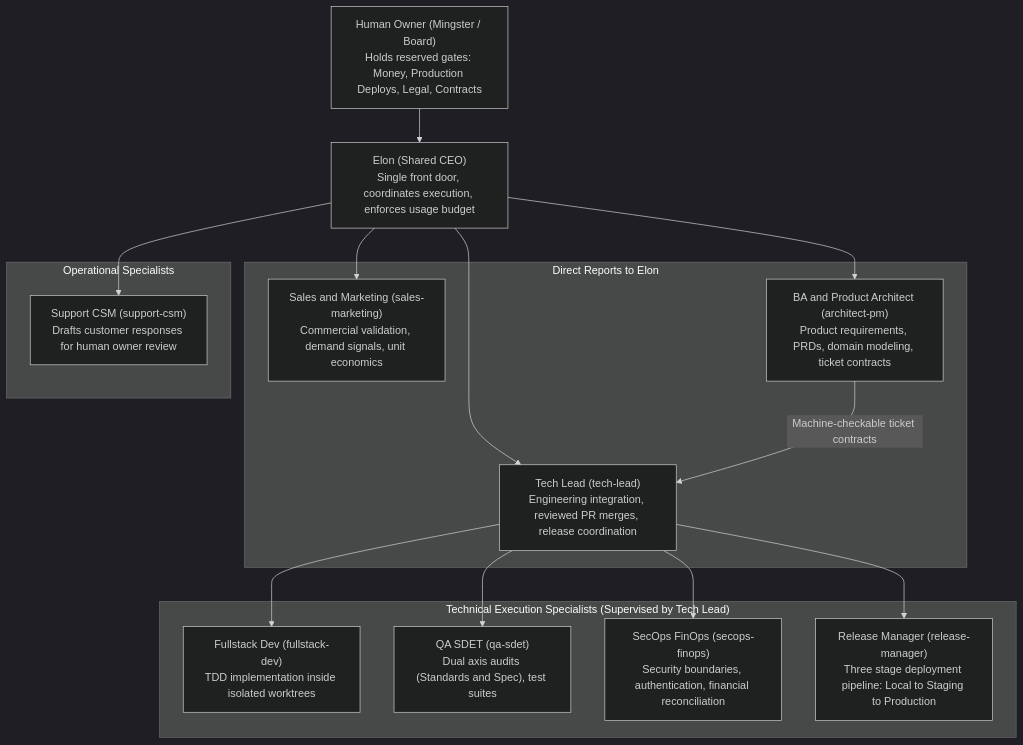
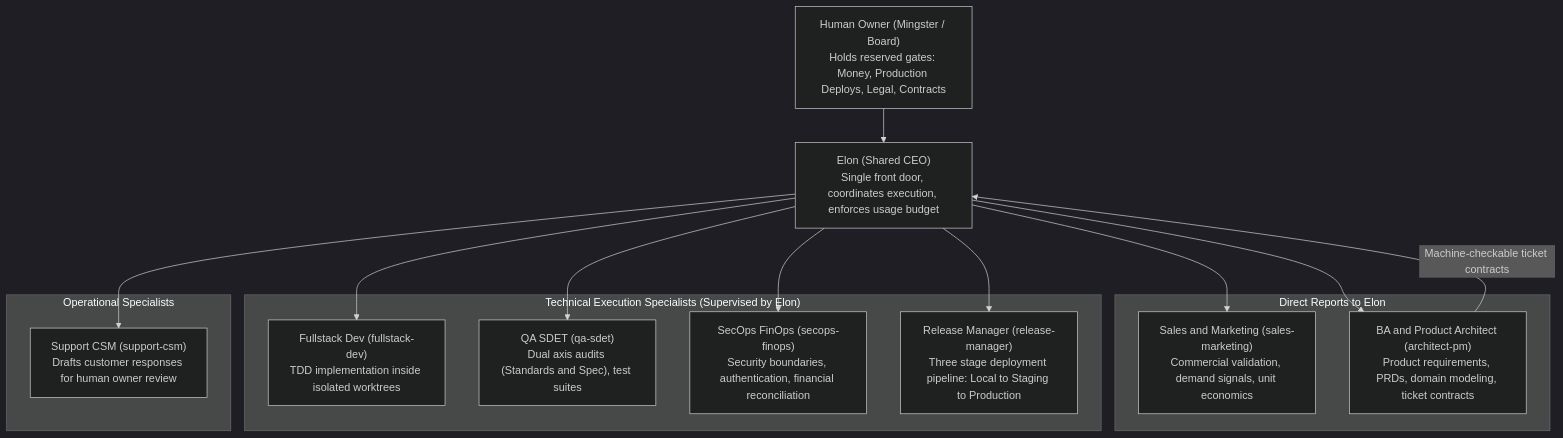
The second of 4 diagrams in README.md (mingster/dotfiles), drawn with Mermaid (dark theme) before and after one commit. The commit also changed other lines of this file and 50 other files, not shown here.

First line of the commit message:
Remove the Tech Lead and close the usage gate

````diff
--- a/README.md
+++ b/README.md
@@ -100,34 +114,32 @@
 ```mermaid
 flowchart TD
     Board["Human Owner (Mingster / Board)<br/>Holds reserved gates: Money, Production Deploys, Legal, Contracts"]
     CEO["Elon (Shared CEO)<br/>Single front door, coordinates execution, enforces usage budget"]
     
     subgraph Direct_Reports["Direct Reports to Elon"]
         Sales["Sales and Marketing (sales-marketing)<br/>Commercial validation, demand signals, unit economics"]
         BA["BA and Product Architect (architect-pm)<br/>Product requirements, PRDs, domain modeling, ticket contracts"]
-        TL["Tech Lead (tech-lead)<br/>Engineering integration, reviewed PR merges, release coordination"]
     end
     
-    subgraph Tech_Specialists["Technical Execution Specialists (Supervised by Tech Lead)"]
+    subgraph Tech_Specialists["Technical Execution Specialists (Supervised by Elon)"]
         Dev["Fullstack Dev (fullstack-dev)<br/>TDD implementation inside isolated worktrees"]
         QA["QA SDET (qa-sdet)<br/>Dual axis audits (Standards and Spec), test suites"]
         SecOps["SecOps FinOps (secops-finops)<br/>Security boundaries, authentication, financial reconciliation"]
         RM["Release Manager (release-manager)<br/>Three stage deployment pipeline: Local to Staging to Production"]
     end
 
     subgraph Service_Specialists["Operational Specialists"]
         CSM["Support CSM (support-csm)<br/>Drafts customer responses for human owner review"]
     end
 
     Board --> CEO
     CEO --> Sales
     CEO --> BA
-    CEO --> TL
     
-    BA -->|"Machine-checkable ticket contracts"| TL
-    TL --> Dev
-    TL --> QA
-    TL --> SecOps
-    TL --> RM
+    BA -->|"Machine-checkable ticket contracts"| CEO
+    CEO --> Dev
+    CEO --> QA
+    CEO --> SecOps
+    CEO --> RM
     CEO --> CSM
 ```
````
